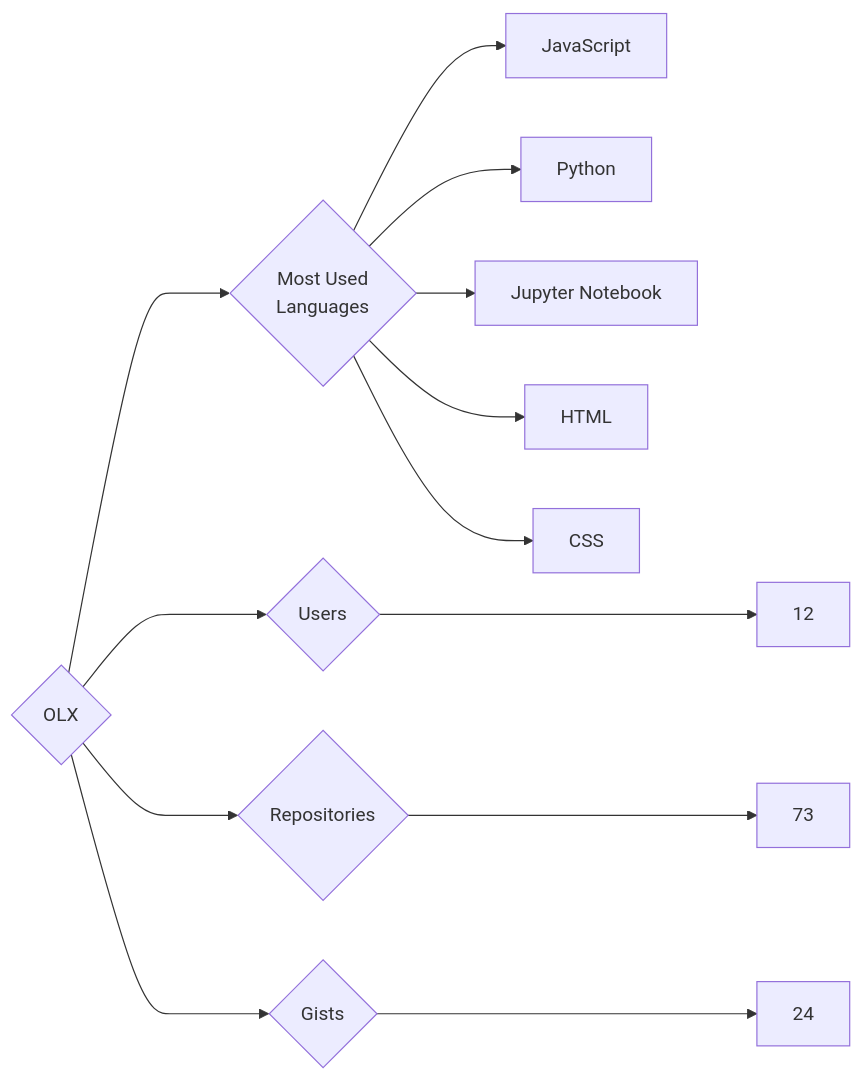
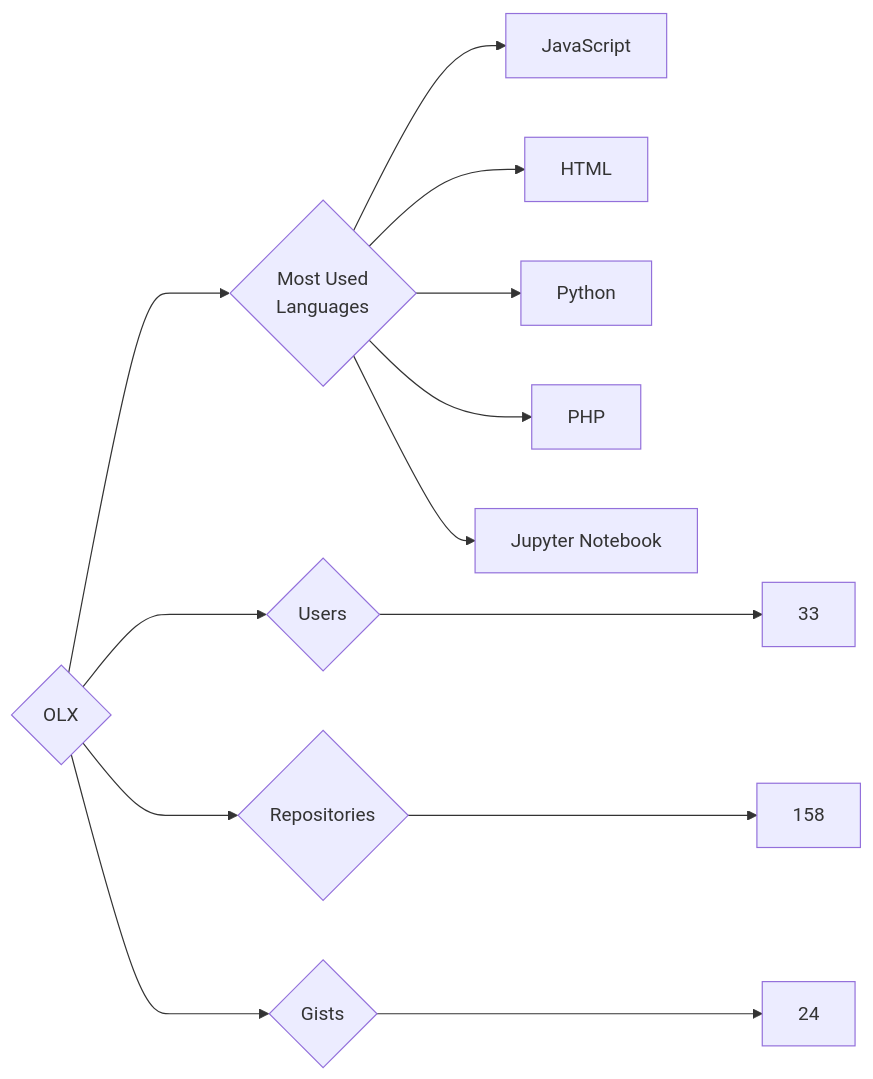
Before and after one commit to trickest/insiders: the diagram in targets/OLX/README.md, drawn with Mermaid. The commit also changed 823 other files, not shown here.

````diff
--- a/targets/OLX/README.md
+++ b/targets/OLX/README.md
@@ -3,13 +3,13 @@
 ```mermaid
 graph LR
 COMPANY_NAME{OLX}
-COMPANY_NAME ---> U{Users} ---> UN[12]
-COMPANY_NAME ---> R{Repositories} ---> RN[73]
+COMPANY_NAME ---> U{Users} ---> UN[33]
+COMPANY_NAME ---> R{Repositories} ---> RN[158]
 COMPANY_NAME ---> G{Gists} ---> GN[24]
 COMPANY_NAME ---> ML{Most Used<br>Languages}
 ML --> JavaScript[JavaScript]
+ML --> HTML[HTML]
 ML --> Python[Python]
+ML --> PHP[PHP]
 ML --> Jupyter_Notebook[Jupyter Notebook]
-ML --> HTML[HTML]
-ML --> CSS[CSS]
 ```
````
